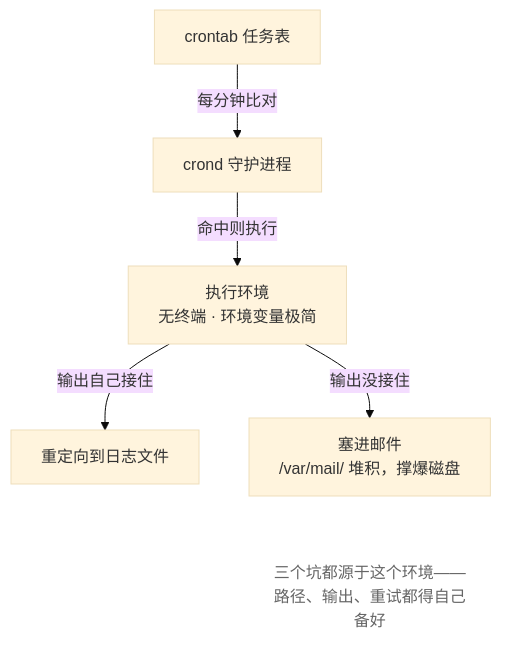
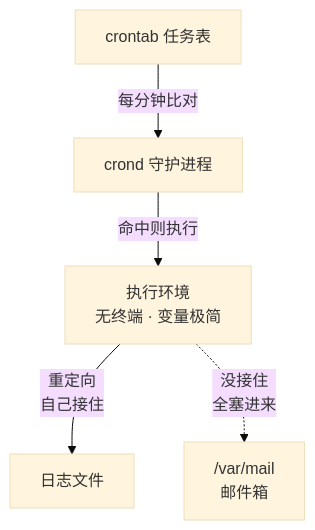
Before and after one commit to wangxiangnan/wangxiangnan.github.io: the second of 2 diagrams in src/linux-command/ch12.md, drawn with Mermaid (base theme). The commit also changed other lines of this file and 15 other files, not shown here.

````diff
--- a/src/linux-command/ch12.md
+++ b/src/linux-command/ch12.md
@@ -165,13 +163,12 @@
 ```mermaid
 flowchart TB
-    A["crontab 任务表"] -->|每分钟比对| B["crond 守护进程"]
-    B -->|命中则执行| C["执行环境<br>无终端 · 环境变量极简"]
-    C -->|输出自己接住| D["重定向到日志文件"]
-    C -->|输出没接住| E["塞进邮件<br>/var/mail/ 堆积，撑爆磁盘"]
-    N["三个坑都源于这个环境——路径、输出、重试都得自己备好"]
-
-    E ~~~ N
-
-    classDef note fill:none,stroke:none,color:#666
-    class N note
+    TBL["crontab 任务表"]
+    CR["crond 守护进程"]
+    ENV["执行环境<br>无终端 · 变量极简"]
+    LOG["日志文件"]
+    MAIL["/var/mail<br>邮件箱"]
+    TBL -->|"每分钟比对"| CR
+    CR -->|"命中则执行"| ENV
+    ENV -->|"重定向<br>自己接住"| LOG
+    ENV -.->|"没接住<br>全塞进来"| MAIL
 ```
````
